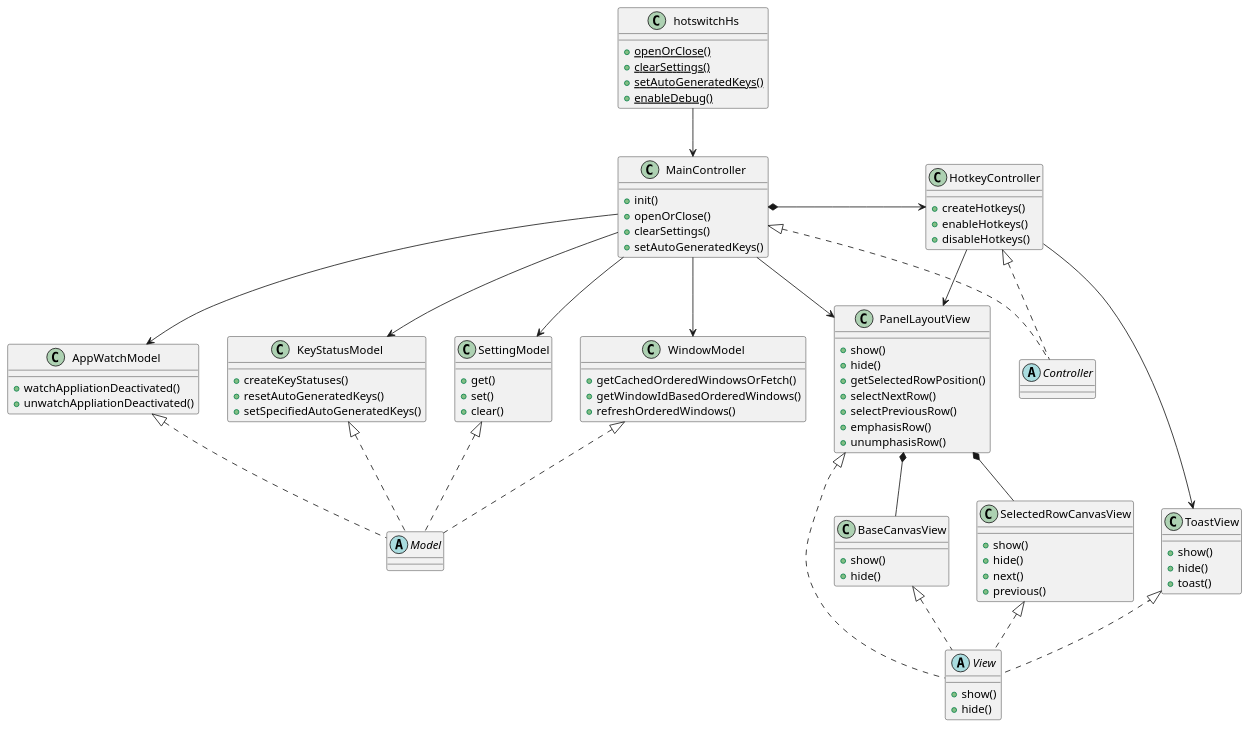
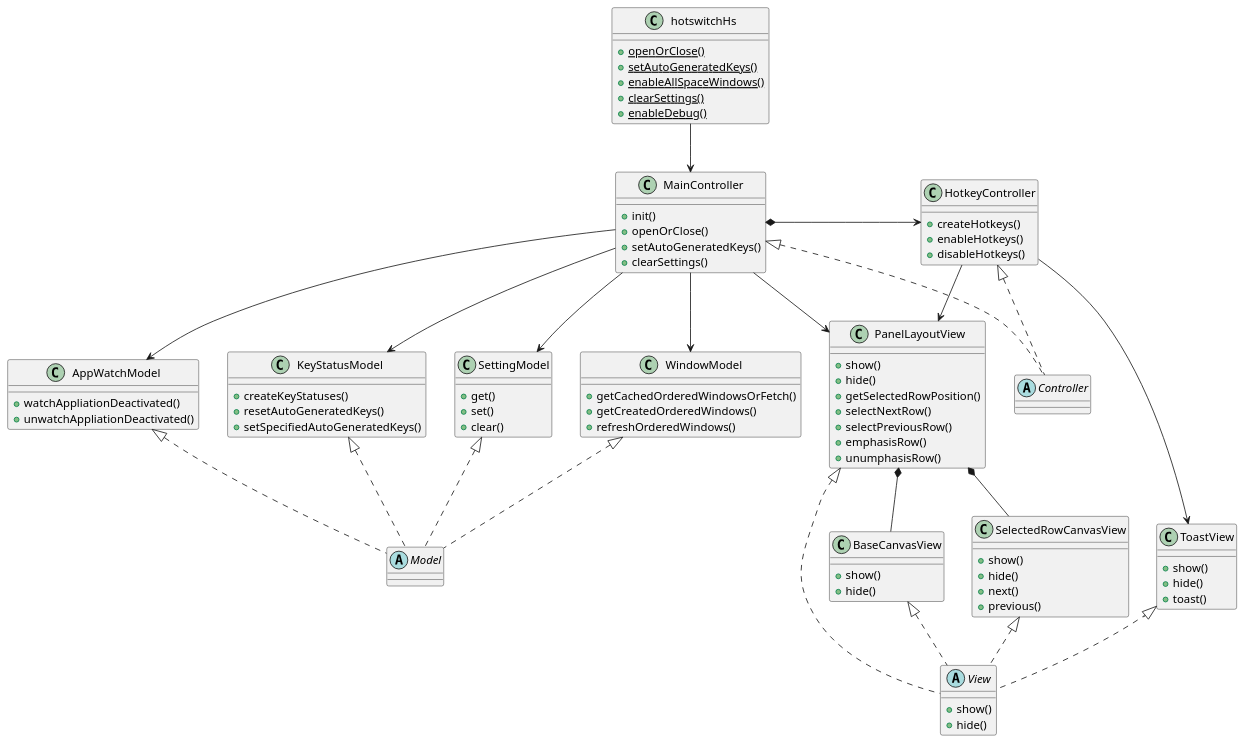
The diagram in uml/class_diagram.pu (oniatsu/HotSwitch-HS), drawn with PlantUML before and after one commit. The commit also changed 6 other files, not shown here.

```diff
--- a/uml/class_diagram.pu
+++ b/uml/class_diagram.pu
@@ -1,102 +1,103 @@
 @startuml class_diagram
 
 class hotswitchHs {
     {static} +openOrClose()
+    {static} +setAutoGeneratedKeys()
+    {static} +enableAllSpaceWindows()
     {static} +clearSettings()
-    {static} +setAutoGeneratedKeys()
     {static} +enableDebug()
 }
 
 class MainController {
     +init()
     +openOrClose()
+    +setAutoGeneratedKeys()
     +clearSettings()
-    +setAutoGeneratedKeys()
 }
 class HotkeyController {
     +createHotkeys()
     +enableHotkeys()
     +disableHotkeys()
 }
 abstract Controller
 
 class KeyStatusModel {
     +createKeyStatuses()
     +resetAutoGeneratedKeys()
     +setSpecifiedAutoGeneratedKeys()
 }
 class SettingModel {
     +get()
     +set()
     +clear()
 }
 class WindowModel {
     +getCachedOrderedWindowsOrFetch()
-    +getWindowIdBasedOrderedWindows()
+    +getCreatedOrderedWindows()
     +refreshOrderedWindows()
 }
 class AppWatchModel {
     +watchAppliationDeactivated()
     +unwatchAppliationDeactivated()
 }
 abstract Model
 
 class PanelLayoutView {
     +show()
     +hide()
     +getSelectedRowPosition()
     +selectNextRow()
     +selectPreviousRow()
     +emphasisRow()
     +unumphasisRow()
 }
 class BaseCanvasView {
     +show()
     +hide()
 }
 class SelectedRowCanvasView {
     +show()
     +hide()
     +next()
     +previous()
 }
 class ToastView {
     +show()
     +hide()
     +toast()
 }
 abstract View {
     +show()
     +hide()
 }
 
 hotswitchHs --> MainController
 
 MainController *-> HotkeyController
 
 MainController --> PanelLayoutView
 MainController --> KeyStatusModel
 MainController --> SettingModel
 MainController --> WindowModel
 MainController --> AppWatchModel
 
 HotkeyController --> PanelLayoutView
 HotkeyController --> ToastView
 
 KeyStatusModel <|.. Model
 SettingModel <|.. Model
 WindowModel <|.. Model
 AppWatchModel <|.. Model
 
 PanelLayoutView <|.. View
 BaseCanvasView <|.. View
 SelectedRowCanvasView <|.. View
 ToastView <|.. View
 
 MainController <|.. Controller
 HotkeyController <|.. Controller
 
 PanelLayoutView *-- BaseCanvasView 
 PanelLayoutView *-- SelectedRowCanvasView 
 
 @endum
```
